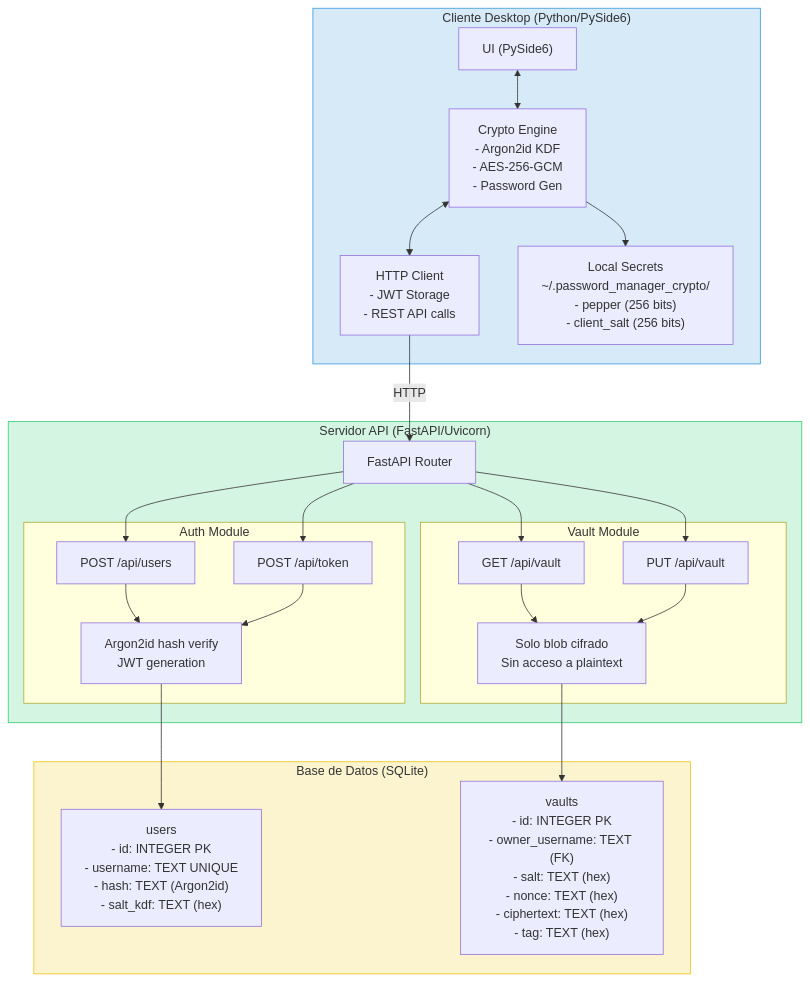
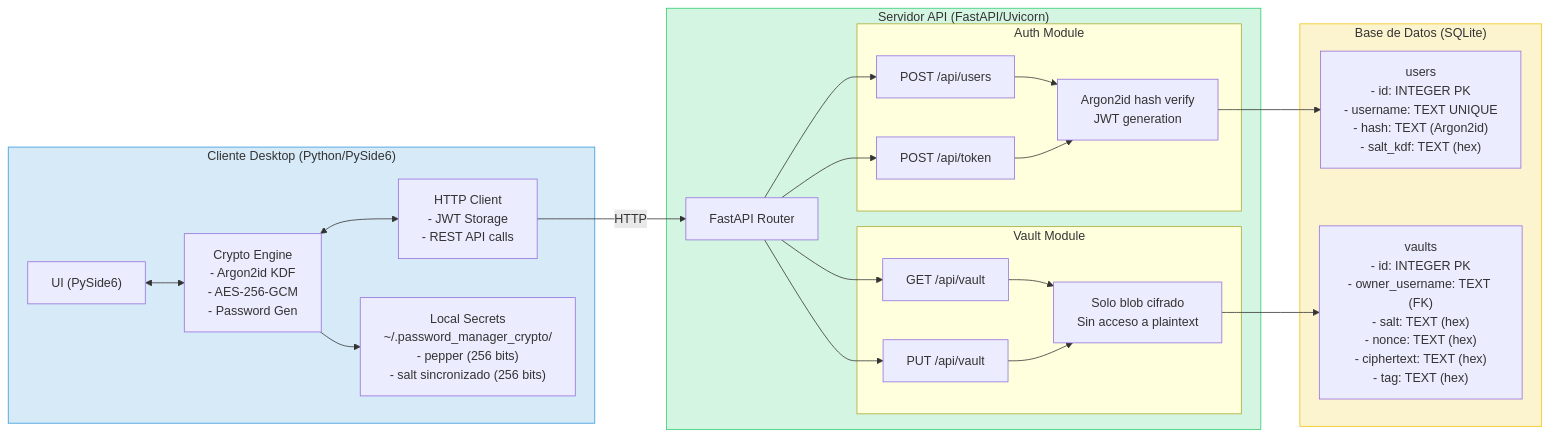
The first of 9 diagrams in INFORME_TECNICO.md (DavidHerencia/password_manager_crypto), drawn with Mermaid before and after one commit. The commit also changed other lines of this file and 2 other files, not shown here.

Commit message:
salt now is explicitly checked

````diff
--- a/INFORME_TECNICO.md
+++ b/INFORME_TECNICO.md
@@ -63,51 +63,51 @@
 ```mermaid
-graph TB
+graph LR
     subgraph Cliente["Cliente Desktop (Python/PySide6)"]
         UI["UI (PySide6)"]
         CE["Crypto Engine<br/>- Argon2id KDF<br/>- AES-256-GCM<br/>- Password Gen"]
         HTTP["HTTP Client<br/>- JWT Storage<br/>- REST API calls"]
-        LS["Local Secrets<br/>~/.password_manager_crypto/<br/>- pepper (256 bits)<br/>- client_salt (256 bits)"]
+        LS["Local Secrets<br/>~/.password_manager_crypto/<br/>- pepper (256 bits)<br/>- salt sincronizado (256 bits)"]
         
         UI <--> CE
         CE <--> HTTP
         CE --> LS
     end
     
     subgraph Servidor["Servidor API (FastAPI/Uvicorn)"]
         Router["FastAPI Router"]
         
         subgraph Auth["Auth Module"]
             AU["POST /api/users"]
             AT["POST /api/token"]
             AH["Argon2id hash verify<br/>JWT generation"]
         end
         
         subgraph Vault["Vault Module"]
             VG["GET /api/vault"]
             VP["PUT /api/vault"]
             VL["Solo blob cifrado<br/>Sin acceso a plaintext"]
         end
         
         Router --> AU
         Router --> AT
         AU --> AH
         AT --> AH
         Router --> VG
         Router --> VP
         VG --> VL
         VP --> VL
     end
     
     subgraph DB["Base de Datos (SQLite)"]
         Users["users<br/>- id: INTEGER PK<br/>- username: TEXT UNIQUE<br/>- hash: TEXT (Argon2id)<br/>- salt_kdf: TEXT (hex)"]
         Vaults["vaults<br/>- id: INTEGER PK<br/>- owner_username: TEXT (FK)<br/>- salt: TEXT (hex)<br/>- nonce: TEXT (hex)<br/>- ciphertext: TEXT (hex)<br/>- tag: TEXT (hex)"]
     end
     
     HTTP -->|"HTTP"| Router
     AH --> Users
     VL --> Vaults
 
     style Cliente fill:#D6EAF8,stroke:#3498DB
     style Servidor fill:#D5F5E3,stroke:#2ECC71
     style DB fill:#FCF3CF,stroke:#F1C40F
 ```
````
